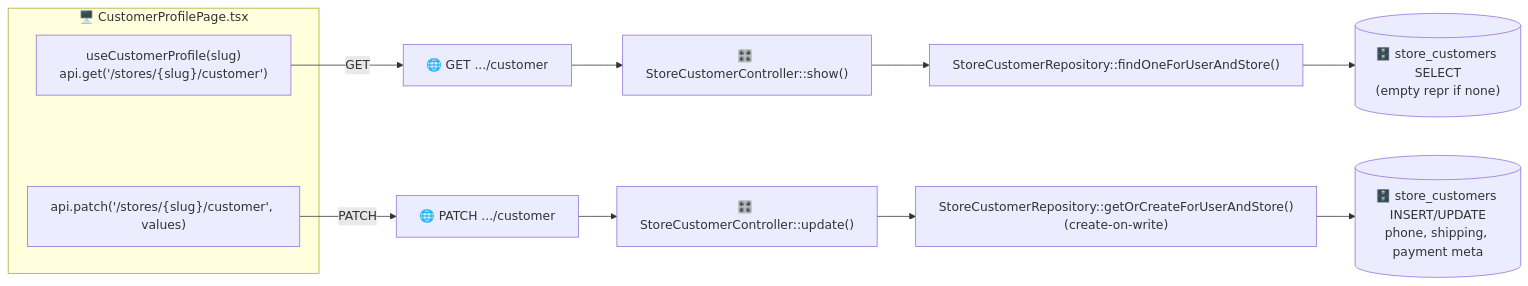
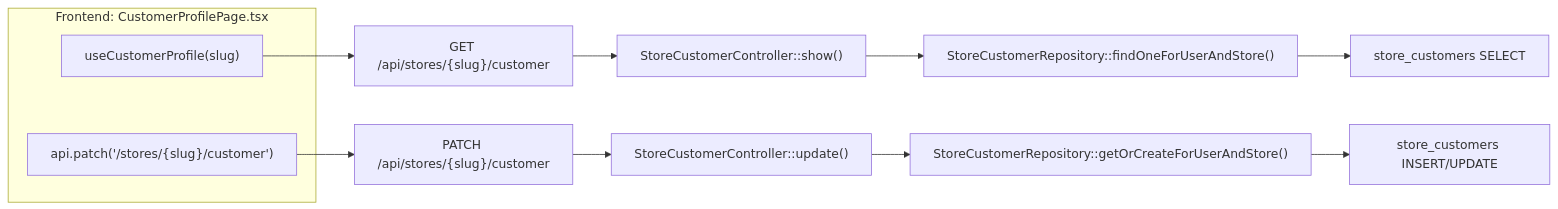
One commit to tedy97123/store changed the first of 7 diagrams in architecture/customers-and-orders.md. Above: the diagram before and after it, drawn with Mermaid. The commit also changed other lines of this file and 43 other files, not shown here.

````diff
--- a/architecture/customers-and-orders.md
+++ b/architecture/customers-and-orders.md
@@ -22,15 +26,15 @@
 ```mermaid
 flowchart LR
-    subgraph FE["🖥️ CustomerProfilePage.tsx"]
-        show["useCustomerProfile(slug)<br/>api.get('/stores/{slug}/customer')"]
-        save["api.patch('/stores/{slug}/customer', values)"]
+    subgraph FE["Frontend: CustomerProfilePage.tsx"]
+        show["useCustomerProfile(slug)"]
+        save["api.patch('/stores/{slug}/customer')"]
     end
-    show -->|GET| rt1["🌐 GET .../customer"]
-    save -->|PATCH| rt2["🌐 PATCH .../customer"]
-    rt1 --> sc1["🎛️ StoreCustomerController::show()"]
-    rt2 --> sc2["🎛️ StoreCustomerController::update()"]
+    show --> rt1["GET /api/stores/{slug}/customer"]
+    save --> rt2["PATCH /api/stores/{slug}/customer"]
+    rt1 --> sc1["StoreCustomerController::show()"]
+    rt2 --> sc2["StoreCustomerController::update()"]
     sc1 --> find["StoreCustomerRepository::findOneForUserAndStore()"]
-    sc2 --> getor["StoreCustomerRepository::getOrCreateForUserAndStore()<br/>(create-on-write)"]
-    find --> db[("🗄️ store_customers SELECT<br/>(empty repr if none)")]
-    getor --> dbw[("🗄️ store_customers INSERT/UPDATE<br/>phone, shipping, payment meta")]
+    sc2 --> getor["StoreCustomerRepository::getOrCreateForUserAndStore()"]
+    find --> db["store_customers SELECT"]
+    getor --> dbw["store_customers INSERT/UPDATE"]
 ```
````
